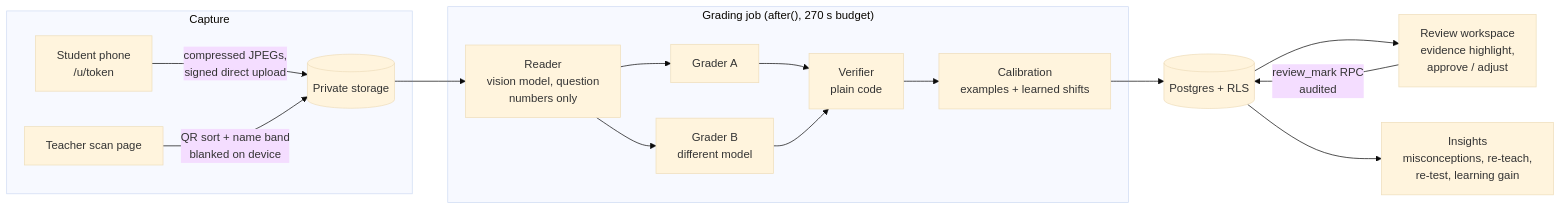
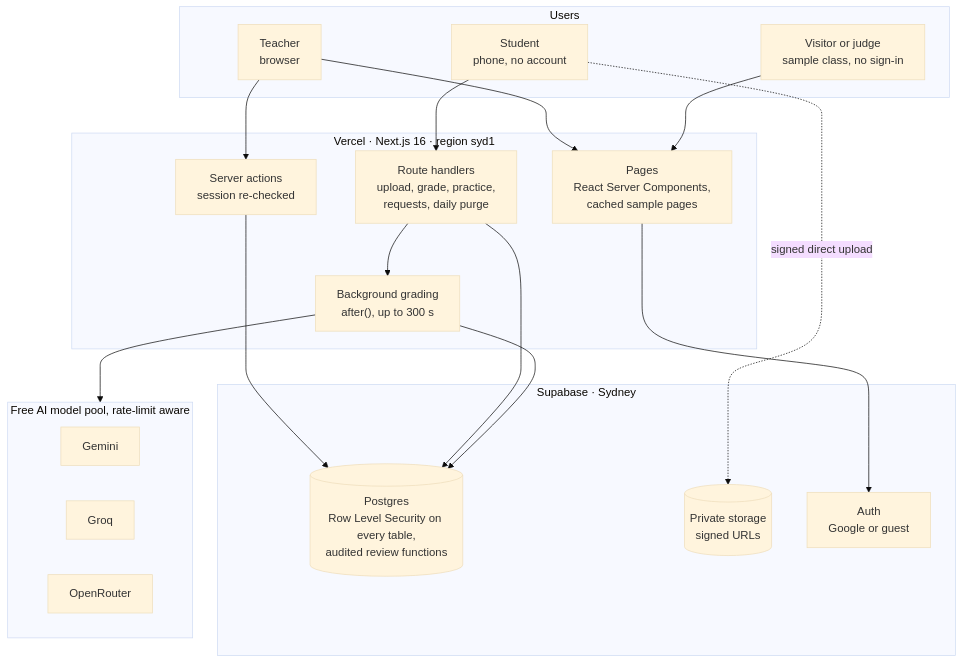
One commit to roybishal362/GradeLens changed the second of 2 diagrams in README.md. Above: the diagram before and after it, drawn with Mermaid (base theme). The commit also changed other lines of this file and 39 other files, not shown here.

````diff
--- a/README.md
+++ b/README.md
@@ -32,17 +196,32 @@
 ```mermaid
-flowchart LR
-  subgraph Capture
-    S[Student phone<br/>/u/token] -->|compressed JPEGs,<br/>signed direct upload| ST[(Private storage)]
-    T[Teacher scan page] -->|QR sort + name band<br/>blanked on device| ST
+flowchart TB
+  subgraph Users
+    TE["Teacher<br/>browser"]
+    ST["Student<br/>phone, no account"]
+    J["Visitor or judge<br/>sample class, no sign-in"]
   end
-  subgraph Job["Grading job (after(), 270 s budget)"]
-    R[Reader<br/>vision model, question<br/>numbers only] --> A[Grader A] & B[Grader B<br/>different model]
-    A & B --> V[Verifier<br/>plain code]
-    V --> C[Calibration<br/>examples + learned shifts]
+  subgraph Vercel["Vercel · Next.js 16 · region syd1"]
+    PG["Pages<br/>React Server Components,<br/>cached sample pages"]
+    SA["Server actions<br/>session re-checked"]
+    API["Route handlers<br/>upload, grade, practice,<br/>requests, daily purge"]
+    BG["Background grading<br/>after(), up to 300 s"]
   end
-  ST --> R
-  C --> DB[(Postgres + RLS)]
-  DB --> RV[Review workspace<br/>evidence highlight,<br/>approve / adjust]
-  RV -->|review_mark RPC<br/>audited| DB
-  DB --> I[Insights<br/>misconceptions, re-teach,<br/>re-test, learning gain]
+  subgraph Supabase["Supabase · Sydney"]
+    DB[("Postgres<br/>Row Level Security on every table,<br/>audited review functions")]
+    STO[("Private storage<br/>signed URLs")]
+    AU["Auth<br/>Google or guest"]
+  end
+  subgraph AI["Free AI model pool, rate-limit aware"]
+    GE["Gemini"]
+    GR["Groq"]
+    OR["OpenRouter"]
+  end
+  TE --> PG & SA
+  ST --> API
+  J --> PG
+  SA & API --> DB
+  ST -. "signed direct upload" .-> STO
+  PG --> AU
+  API --> BG --> AI
+  BG --> DB
 ```
````
